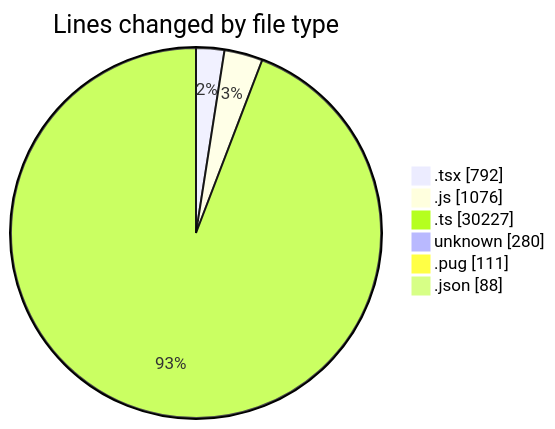
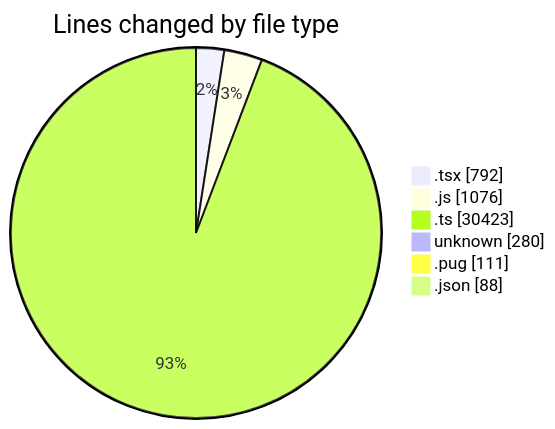
One commit to momahboobian/code-tracking changed the first of 2 diagrams in 2026-06-03/cda/README.md. Above: the diagram before and after it, drawn with Mermaid. The commit also changed other lines of this file and 1 other file, not shown here.

````diff
--- a/2026-06-03/cda/README.md
+++ b/2026-06-03/cda/README.md
@@ -45,10 +46,10 @@
 ```mermaid
 pie showData
 title Lines changed by file type
 ".tsx" : 792
 ".js" : 1076
-".ts" : 30227
+".ts" : 30423
 "unknown" : 280
 ".pug" : 111
 ".json" : 88
 ```
````
